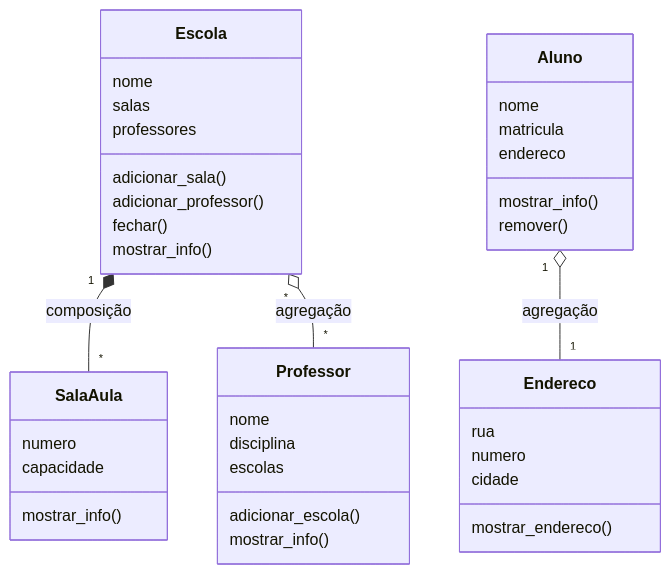
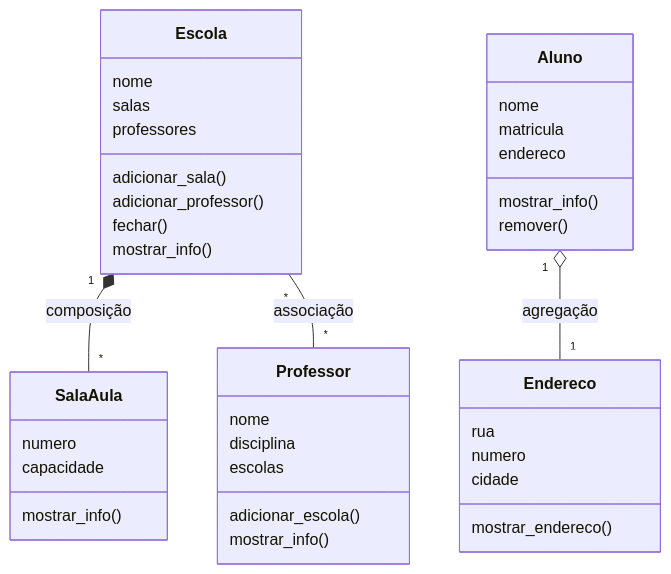
The diagram in README.md (davymap/trabalho-pratico-01-arquitetura), drawn with Mermaid before and after one commit. The commit also changed other lines of this file, not shown here.

Commit message:
Correção no diagrama UML

````diff
--- a/README.md
+++ b/README.md
@@ -37,45 +37,45 @@
 ```mermaid
 classDiagram
     class Escola {
         nome
         salas
         professores
         adicionar_sala()
         adicionar_professor()
         fechar()
         mostrar_info()
     }
 
     class SalaAula {
         numero
         capacidade
         mostrar_info()
     }
 
     class Professor {
         nome
         disciplina
         escolas
         adicionar_escola()
         mostrar_info()
     }
 
     class Aluno {
         nome
         matricula
         endereco
         mostrar_info()
         remover()
     }
 
     class Endereco {
         rua
         numero
         cidade
         mostrar_endereco()
     }
 
     Escola "1" *-- "*" SalaAula : composição
-    Escola "*" o-- "*" Professor : agregação
+    Escola "*" -- "*" Professor : associação
     Aluno "1" o-- "1" Endereco : agregação
 ```
````
